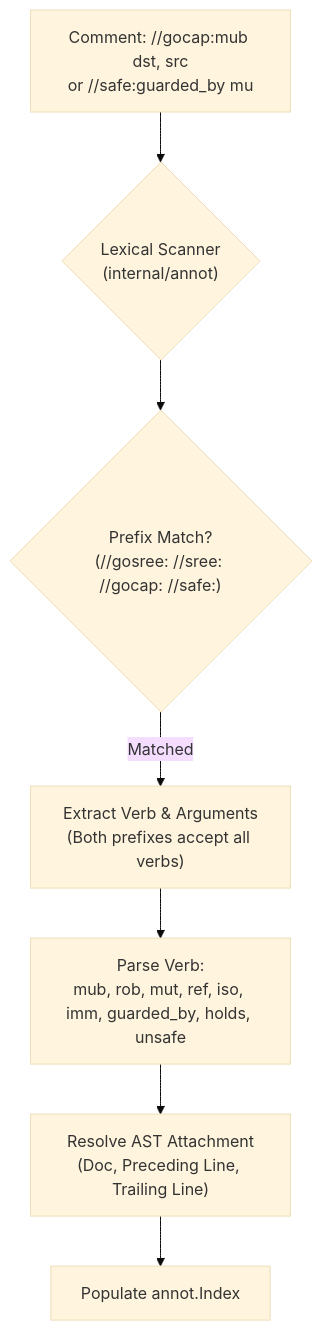
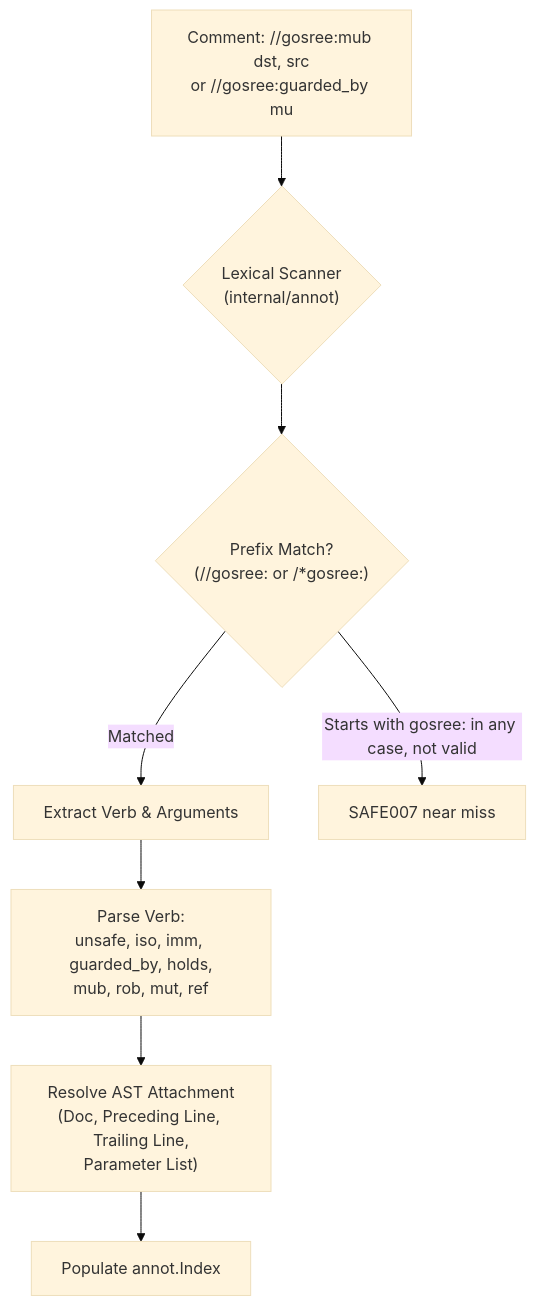
One commit to bharathvbcr/GoSree changed the first of 2 diagrams in docs/DIRECTIVES.md. Above: the diagram before and after it, drawn with Mermaid (base theme). The commit also changed other lines of this file and 13 other files, not shown here.

````diff
--- a/docs/DIRECTIVES.md
+++ b/docs/DIRECTIVES.md
@@ -22,9 +24,10 @@
 ```mermaid
 flowchart TD
-    Comment["Comment: //gocap:mub dst, src\nor //safe:guarded_by mu"] --> Scanner{"Lexical Scanner\n(internal/annot)"}
-    Scanner --> MatchPrefix{"Prefix Match?\n(//gosree: //sree: //gocap: //safe:)"}
-    MatchPrefix -- Matched --> StripLead["Extract Verb & Arguments\n(Both prefixes accept all verbs)"]
-    StripLead --> ParseVerb["Parse Verb:\nmub, rob, mut, ref, iso, imm, guarded_by, holds, unsafe"]
-    ParseVerb --> Attach["Resolve AST Attachment\n(Doc, Preceding Line, Trailing Line)"]
+    Comment["Comment: //gosree:mub dst, src\nor //gosree:guarded_by mu"] --> Scanner{"Lexical Scanner\n(internal/annot)"}
+    Scanner --> MatchPrefix{"Prefix Match?\n(//gosree: or /*gosree:)"}
+    MatchPrefix -- Matched --> StripLead["Extract Verb & Arguments"]
+    MatchPrefix -- "Starts with gosree: in any case, not valid" --> NearMiss["SAFE007 near miss"]
+    StripLead --> ParseVerb["Parse Verb:\nunsafe, iso, imm, guarded_by, holds,\nmub, rob, mut, ref"]
+    ParseVerb --> Attach["Resolve AST Attachment\n(Doc, Preceding Line, Trailing Line,\nParameter List)"]
     Attach --> Index["Populate annot.Index"]
 ```
````
